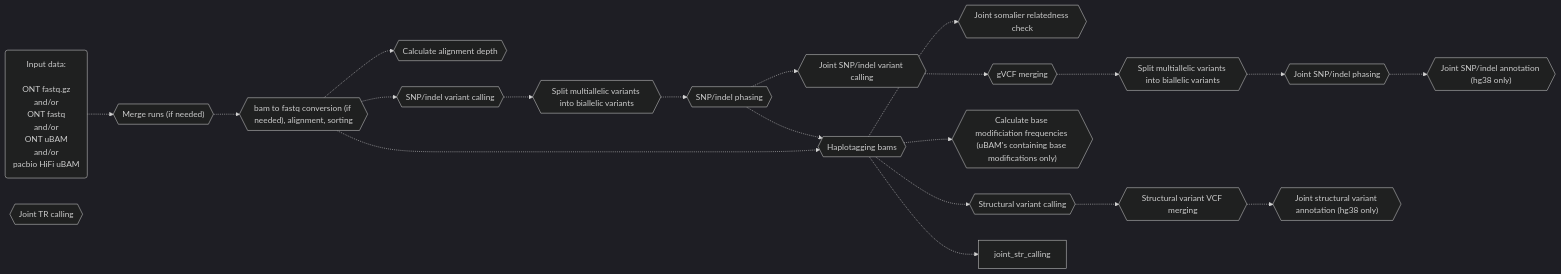
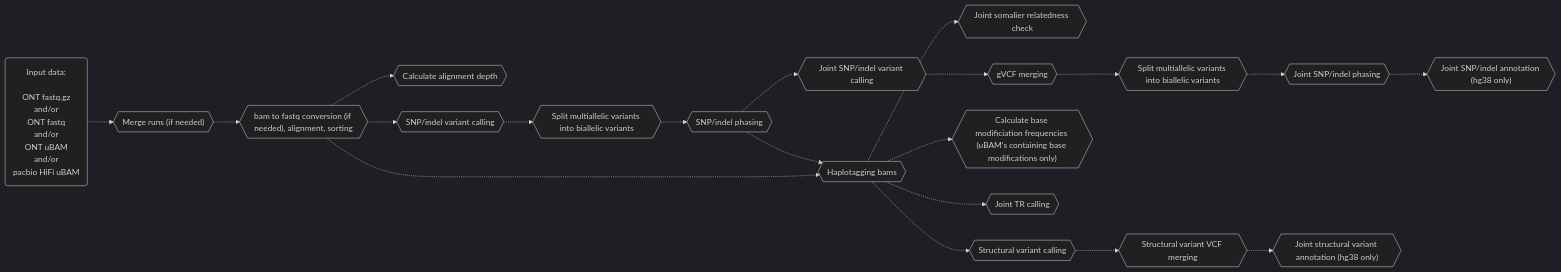
The third of 3 diagrams in README.md (leahkemp/pipeface), drawn with Mermaid before and after one commit. The commit also changed other lines of this file, not shown here.

````diff
--- a/README.md
+++ b/README.md
@@ -83,34 +83,34 @@
 ```mermaid
 %%{init: {'theme':'dark'}}%%
 flowchart LR
 
 input_data("Input data: <br><br> ONT fastq.gz <br> and/or <br> ONT fastq <br> and/or <br> ONT uBAM <br> and/or <br> pacbio HiFi uBAM")
 merging{{"Merge runs (if needed)"}}
 alignment{{"bam to fastq conversion (if needed), alignment, sorting"}}
 depth{{"Calculate alignment depth"}}
 snp_indel_calling{{"SNP/indel variant calling"}}
 split_multiallele{{"Split multiallelic variants into biallelic variants"}}
 snp_indel_phasing{{"SNP/indel phasing"}}
 joint_snp_indel_calling{{"Joint SNP/indel variant calling"}}
 joint_somalier{{"Joint somalier relatedness check"}}
 gvcf_merging{{"gVCF merging"}}
 joint_split_multiallele{{"Split multiallelic variants into biallelic variants"}}
 joint_snp_indel_phasing{{"Joint SNP/indel phasing"}}
 joint_snp_indel_annotation{{"Joint SNP/indel annotation (hg38 only)"}}
 haplotagging{{"Haplotagging bams"}}
 calculate_base_mod_freqs{{"Calculate base modificiation frequencies (uBAM's containing base modifications only)"}}
 joint_tr_calling{{"Joint TR calling"}}
 sv_calling{{"Structural variant calling"}}
 sv_vcf_merging{{"Structural variant VCF merging"}}
 joint_sv_annotation{{"Joint structural variant annotation (hg38 only)"}}
 
 input_data-.->merging-.->alignment-.->snp_indel_calling-.->split_multiallele-.->snp_indel_phasing-.->haplotagging-.->sv_calling
 alignment-.->depth
 alignment-.->haplotagging
 haplotagging-.->calculate_base_mod_freqs
-haplotagging-.->joint_str_calling
+haplotagging-.->joint_tr_calling
 haplotagging-.->joint_somalier
 snp_indel_phasing-.->joint_snp_indel_calling-.->gvcf_merging-.->joint_split_multiallele-.->joint_snp_indel_phasing-.->joint_snp_indel_annotation
 sv_calling-.->sv_vcf_merging-.->joint_sv_annotation
 
 ```
````
